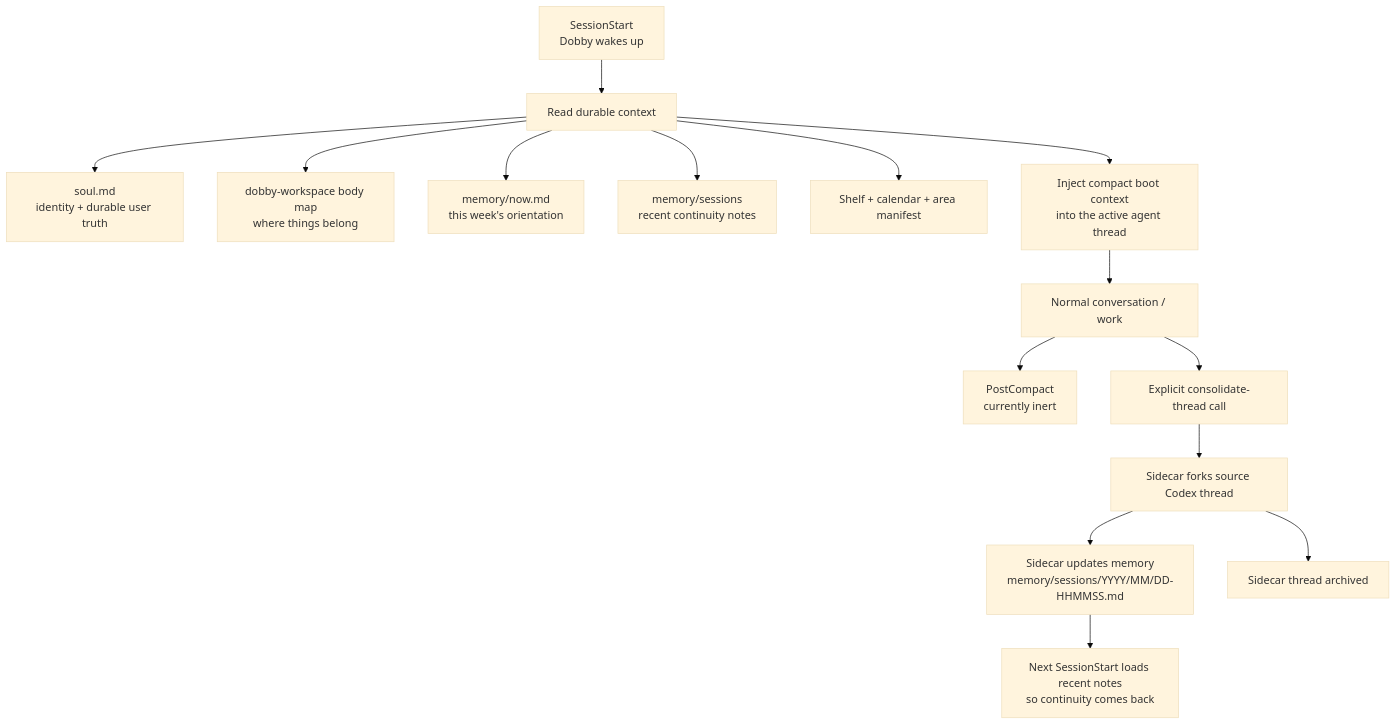
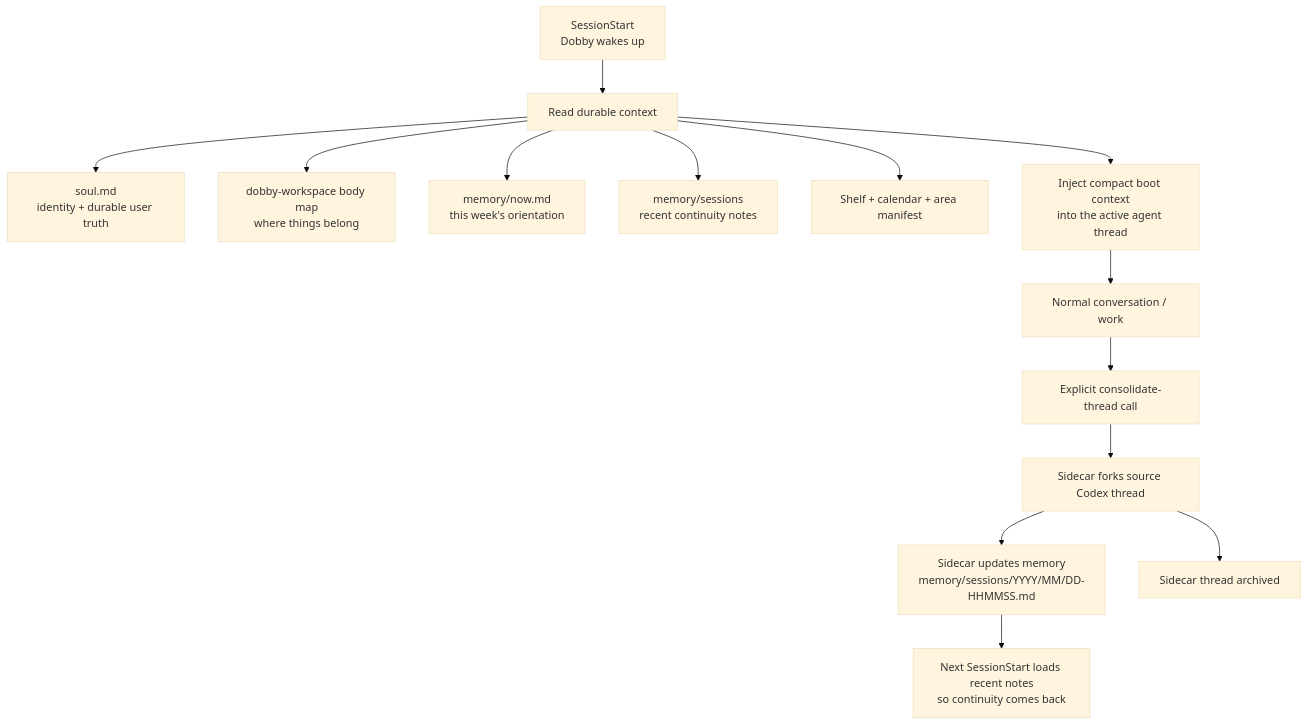
One commit to wisdom-in-a-nutshell/.agents changed the diagram in skills-source/owned/dobby-lifecycle/references/lifecycle-hooks.md. Above: the diagram before and after it, drawn with Mermaid (base theme). The commit also changed other lines of this file and 22 other files, not shown here.

````diff
--- a/skills-source/owned/dobby-lifecycle/references/lifecycle-hooks.md
+++ b/skills-source/owned/dobby-lifecycle/references/lifecycle-hooks.md
@@ -8,20 +8,19 @@
 ```mermaid
 flowchart TD
     A["SessionStart<br/>Dobby wakes up"] --> B["Read durable context"]
     B --> B1["soul.md<br/>identity + durable user truth"]
     B --> B2["dobby-workspace body map<br/>where things belong"]
     B --> B3["memory/now.md<br/>this week's orientation"]
     B --> B4["memory/sessions<br/>recent continuity notes"]
     B --> B5["Shelf + calendar + area manifest"]
     B --> C["Inject compact boot context<br/>into the active agent thread"]
 
     C --> D["Normal conversation / work"]
 
-    D --> E["PostCompact<br/>currently inert"]
     D --> F["Explicit consolidate-thread call"]
     F --> G["Sidecar forks source Codex thread"]
     G --> H["Sidecar updates memory<br/>memory/sessions/YYYY/MM/DD-HHMMSS.md"]
     G --> I["Sidecar thread archived"]
 
     H --> K["Next SessionStart loads recent notes<br/>so continuity comes back"]
 ```
````
